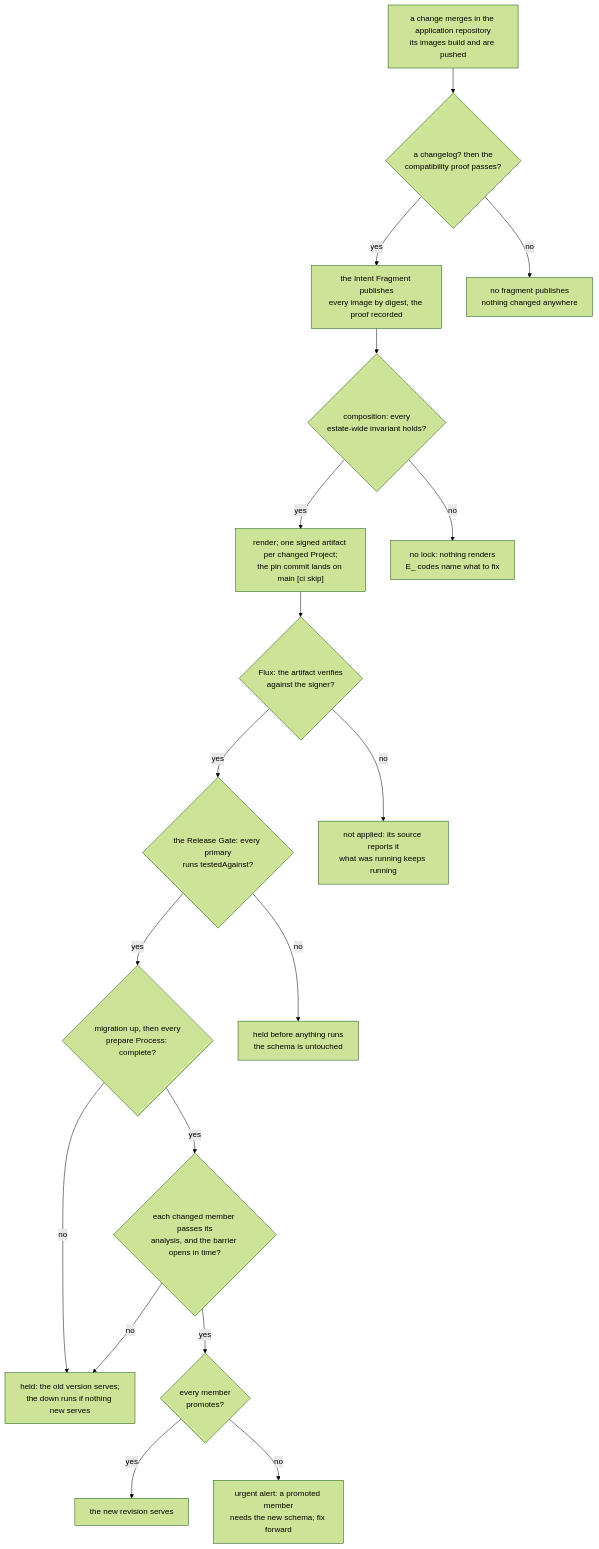
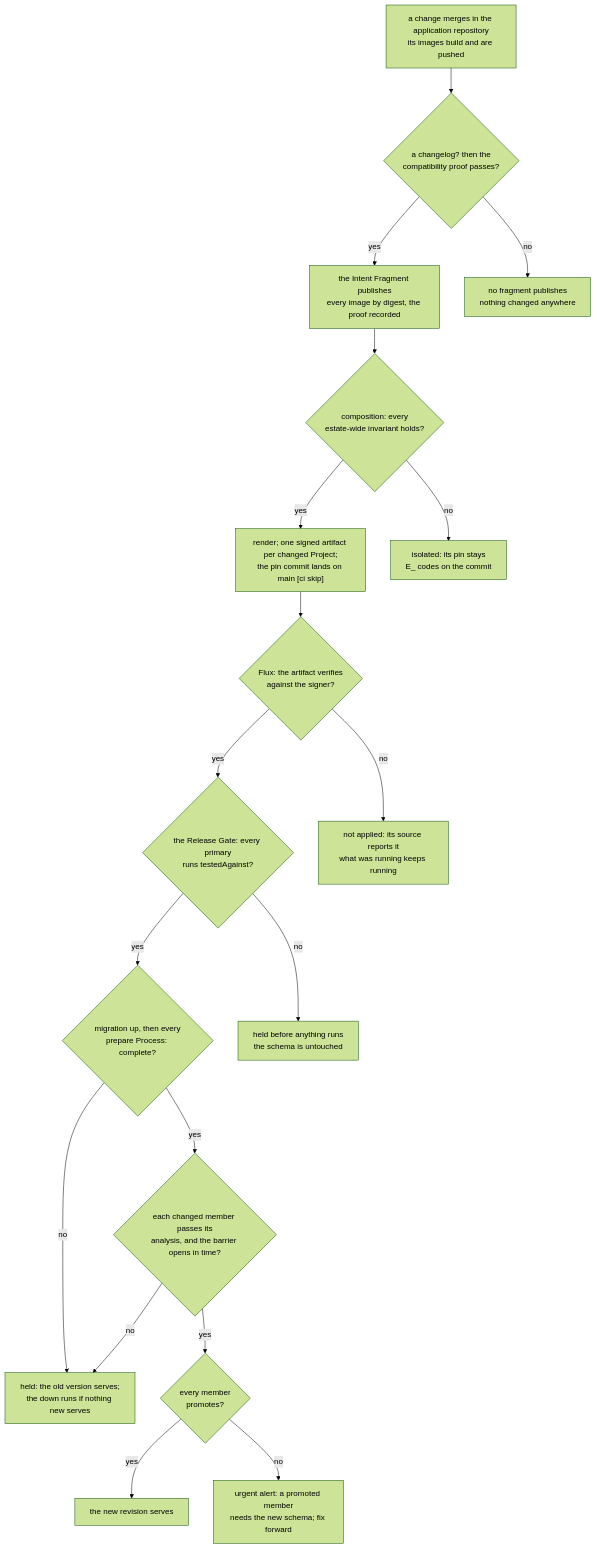
Before and after one commit to JorisJonkers-dev/deploy-kit: the diagram in spec/v1/55-delivery.md, drawn with Mermaid (forest theme). The commit also changed other lines of this file and 21 other files, not shown here.

````diff
--- a/spec/v1/55-delivery.md
+++ b/spec/v1/55-delivery.md
@@ -499,20 +558,20 @@
 ```mermaid
 flowchart TB
     S1["a change merges in the application repository<br/>its images build and are pushed"] --> D1{"a changelog? then the<br/>compatibility proof passes?"}
     D1 -->|yes| S2["the Intent Fragment publishes<br/>every image by digest, the proof recorded"]
     D1 -->|no| F1["no fragment publishes<br/>nothing changed anywhere"]
     S2 --> D2{"composition: every<br/>estate-wide invariant holds?"}
     D2 -->|yes| S3["render; one signed artifact per changed Project;<br/>the pin commit lands on main [ci skip]"]
-    D2 -->|no| F2["no lock: nothing renders<br/>E_ codes name what to fix"]
+    D2 -->|no| F2["isolated: its pin stays<br/>E_ codes on the commit"]
     S3 --> D3{"Flux: the artifact verifies<br/>against the signer?"}
     D3 -->|yes| D4{"the Release Gate: every primary<br/>runs testedAgainst?"}
     D3 -->|no| F3["not applied: its source reports it<br/>what was running keeps running"]
     D4 -->|yes| D5{"migration up, then every<br/>prepare Process: complete?"}
     D4 -->|no| F4["held before anything runs<br/>the schema is untouched"]
     D5 -->|yes| D6{"each changed member passes its<br/>analysis, and the barrier opens in time?"}
     D5 -->|no| F5["held: the old version serves;<br/>the down runs if nothing new serves"]
     D6 -->|no| F5
     D6 -->|yes| D7{"every member<br/>promotes?"}
     D7 -->|yes| S4["the new revision serves"]
     D7 -->|no| F7["urgent alert: a promoted member<br/>needs the new schema; fix forward"]
 ```
````
